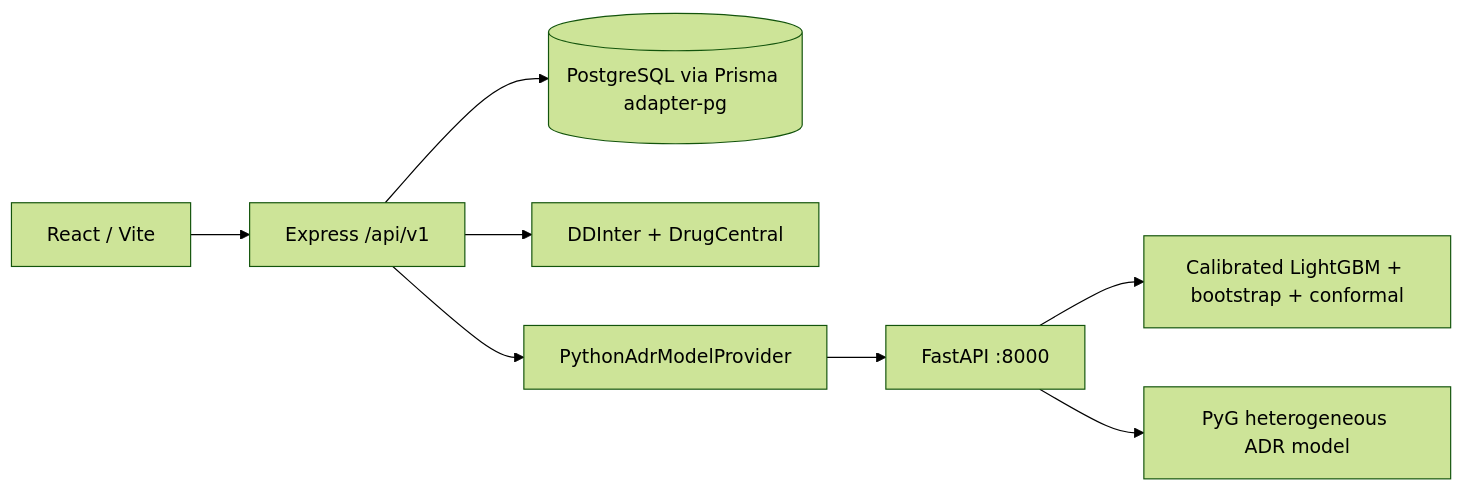
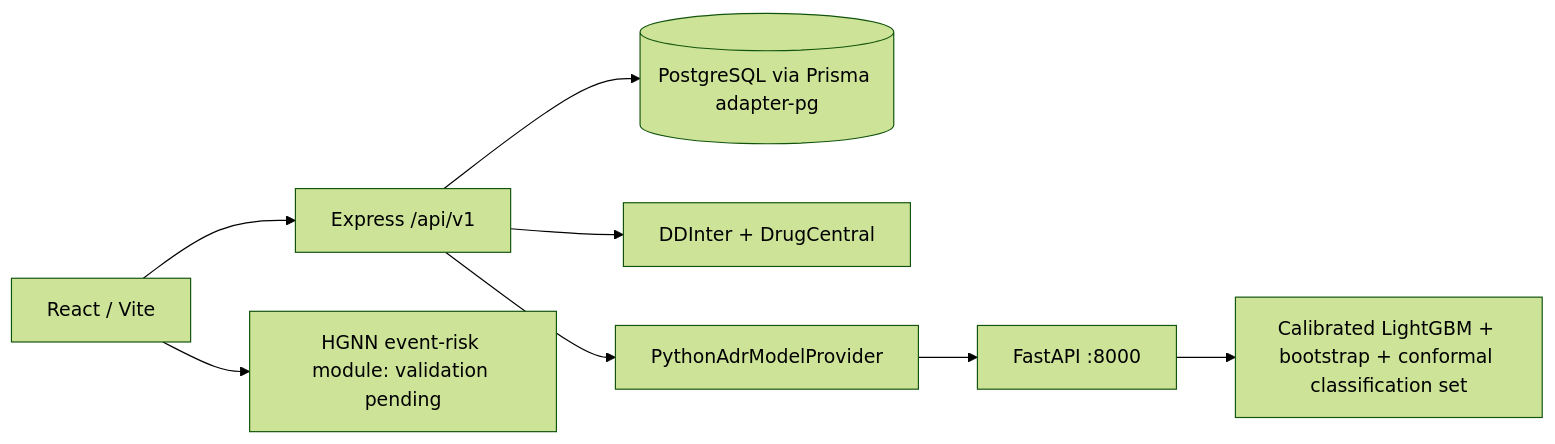
Before and after one commit to Sravanramaraju/VitaNexus-RX: the diagram in docs/CURRENT_SYSTEM_ARCHITECTURE.md, drawn with Mermaid (forest theme). The commit also changed other lines of this file and 1 other file, not shown here.

Commit message:
docs: document LightGBM-only safety-aware runtime

````diff
--- a/docs/CURRENT_SYSTEM_ARCHITECTURE.md
+++ b/docs/CURRENT_SYSTEM_ARCHITECTURE.md
@@ -12,10 +12,10 @@
 ```mermaid
 flowchart LR
   UI["React / Vite"] --> API["Express /api/v1"]
   API --> DB[("PostgreSQL via Prisma adapter-pg")]
   API --> KNOWN["DDInter + DrugCentral"]
   API --> ML["PythonAdrModelProvider"]
   ML --> FASTAPI["FastAPI :8000"]
-  FASTAPI --> LGBM["Calibrated LightGBM + bootstrap + conformal"]
-  FASTAPI --> HGNN["PyG heterogeneous ADR model"]
+  FASTAPI --> LGBM["Calibrated LightGBM + bootstrap + conformal classification set"]
+  UI --> HGNN["HGNN event-risk module: validation pending"]
 ```
````
